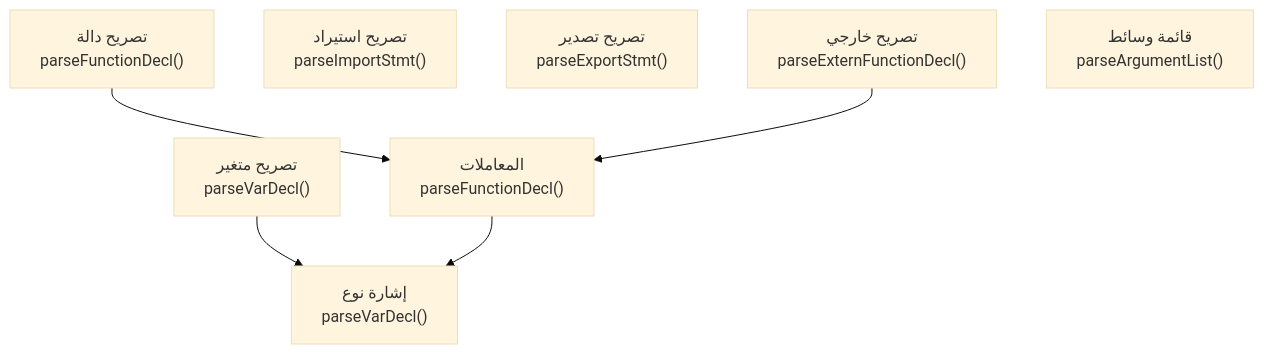
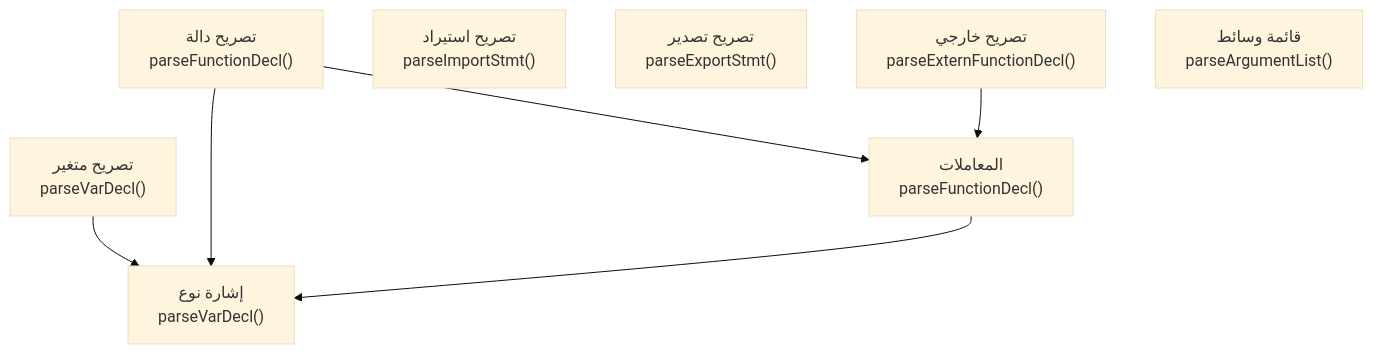
The first of 17 diagrams in docs/parser_rule/_generated/20_declarations.md (sadlang/sadlang), drawn with Mermaid (base theme) before and after one commit. The commit also changed other lines of this file and 593 other files, not shown here.

````diff
--- a/docs/parser_rule/_generated/20_declarations.md
+++ b/docs/parser_rule/_generated/20_declarations.md
@@ -16,15 +16,16 @@
 ```mermaid
 flowchart TD
   o1["تصريح متغير<br/>parseVarDecl()"]
   o2["إشارة نوع<br/>parseVarDecl()"]
   o3["تصريح دالة<br/>parseFunctionDecl()"]
   o4["المعاملات<br/>parseFunctionDecl()"]
   o5["تصريح استيراد<br/>parseImportStmt()"]
   o6["تصريح تصدير<br/>parseExportStmt()"]
   o7["تصريح خارجي<br/>parseExternFunctionDecl()"]
   o8["قائمة وسائط<br/>parseArgumentList()"]
   o1 --> o2
+  o3 --> o2
   o3 --> o4
   o4 --> o2
   o7 --> o4
 ```
````
